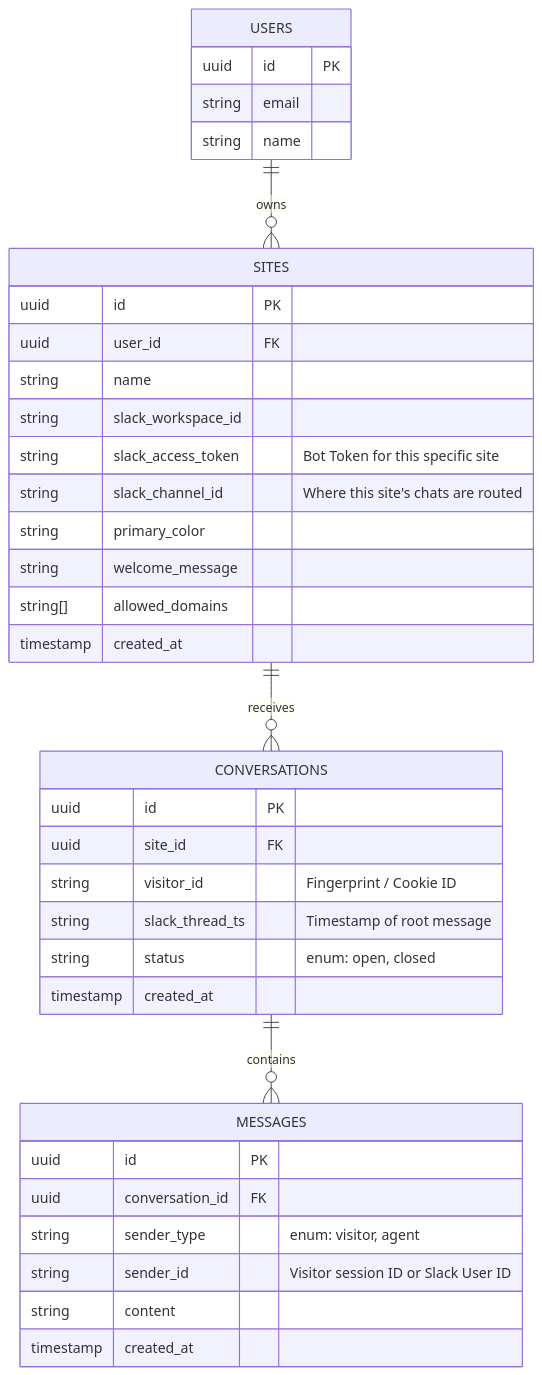
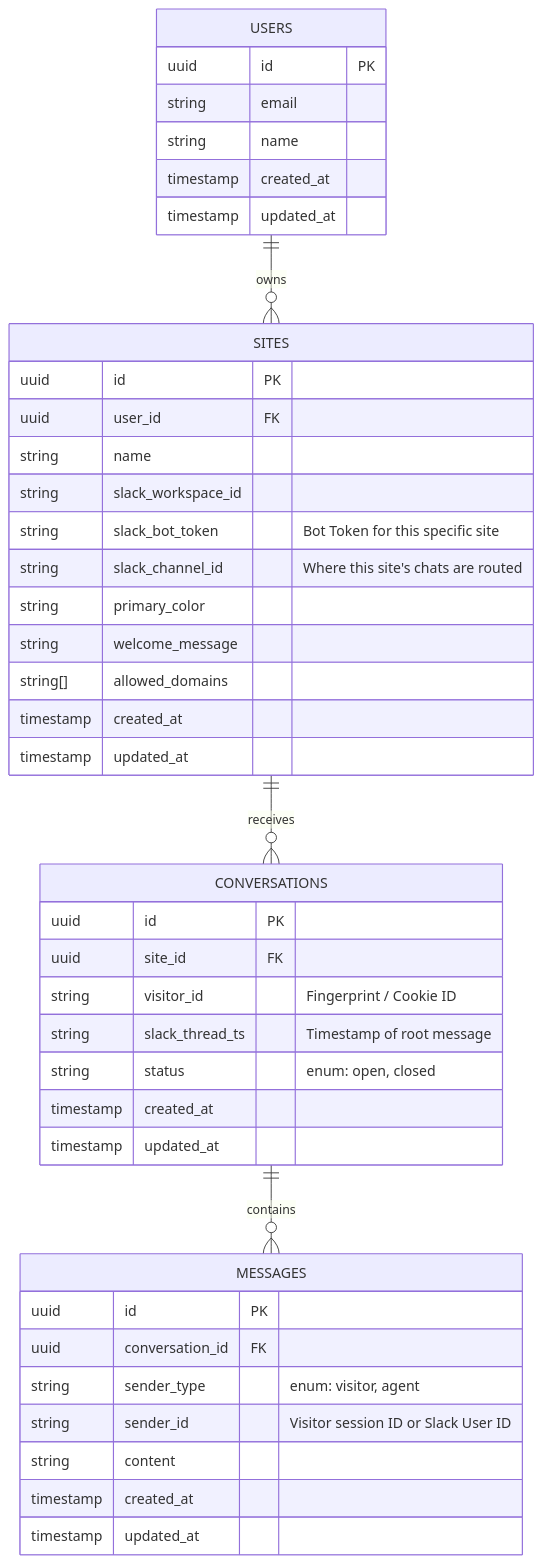
The second of 2 diagrams in README.md (ameya051/crolyo), drawn with Mermaid before and after one commit. The commit also changed 26 other files, not shown here.

````diff
--- a/README.md
+++ b/README.md
@@ -82,43 +82,48 @@
 ```mermaid
 erDiagram
     USERS ||--o{ SITES : "owns"
     SITES ||--o{ CONVERSATIONS : "receives"
     CONVERSATIONS ||--o{ MESSAGES : "contains"
 
     USERS {
         uuid id PK
         string email
         string name
+        timestamp created_at
+        timestamp updated_at
     }
 
     SITES {
         uuid id PK
         uuid user_id FK
         string name
         string slack_workspace_id
-        string slack_access_token "Bot Token for this specific site"
+        string slack_bot_token "Bot Token for this specific site"
         string slack_channel_id "Where this site's chats are routed"
         string primary_color
         string welcome_message
         string[] allowed_domains
         timestamp created_at
+        timestamp updated_at
     }
 
     CONVERSATIONS {
         uuid id PK
         uuid site_id FK
         string visitor_id "Fingerprint / Cookie ID"
         string slack_thread_ts "Timestamp of root message"
         string status "enum: open, closed"
         timestamp created_at
+        timestamp updated_at
     }
 
     MESSAGES {
         uuid id PK
         uuid conversation_id FK
         string sender_type "enum: visitor, agent"
         string sender_id "Visitor session ID or Slack User ID"
         string content
         timestamp created_at
+        timestamp updated_at
     }
 ```
````
